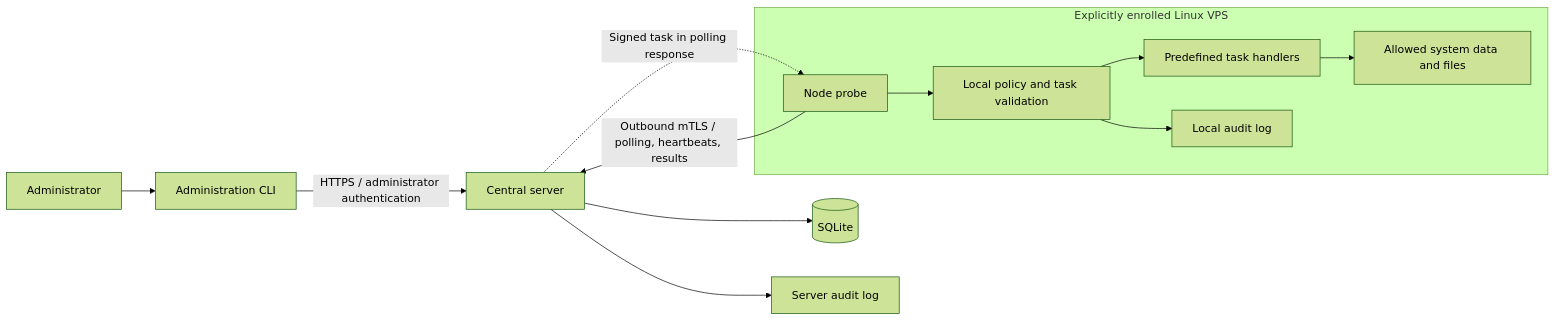
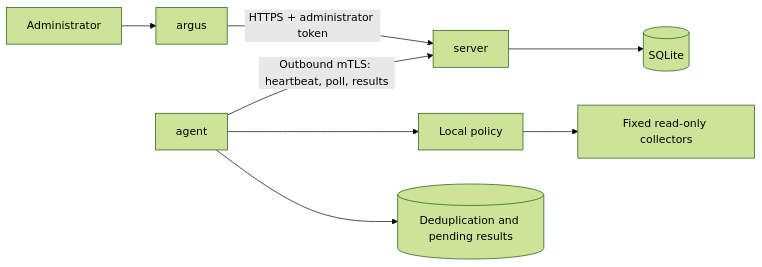
One commit to Oreki0504/Argus-C2 changed the diagram in README.md. Above: the diagram before and after it, drawn with Mermaid (forest theme). The commit also changed other lines of this file and 238 other files, not shown here.

````diff
--- a/README.md
+++ b/README.md
@@ -19,17 +30,10 @@
 ```mermaid
 flowchart LR
-    Admin[Administrator] --> CLI[Administration CLI]
-    CLI -->|HTTPS / administrator authentication| Server[Central server]
+    Admin[Administrator] --> CLI[argus]
+    CLI -->|HTTPS + administrator token| Server[server]
     Server --> DB[(SQLite)]
-    Server --> ServerAudit[Server audit log]
-
-    subgraph VPS[Explicitly enrolled Linux VPS]
-        Probe[Node probe] --> Policy[Local policy and task validation]
-        Policy --> Collector[Predefined task handlers]
-        Collector --> Resources[Allowed system data and files]
-        Policy --> LocalAudit[Local audit log]
-    end
-
-    Probe -->|Outbound mTLS / polling, heartbeats, results| Server
-    Server -.->|Signed task in polling response| Probe
+    Agent[agent] -->|Outbound mTLS: heartbeat, poll, results| Server
+    Agent --> Policy[Local policy]
+    Policy --> Collectors[Fixed read-only collectors]
+    Agent --> State[(Deduplication and pending results)]
 ```
````
